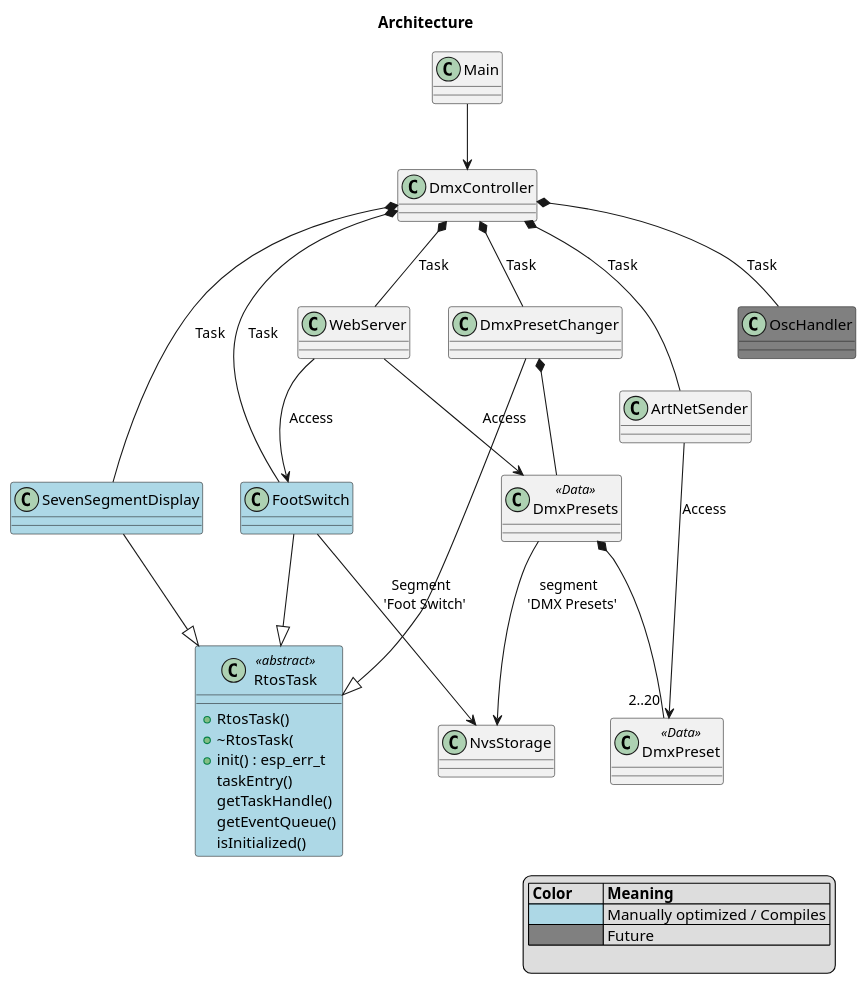
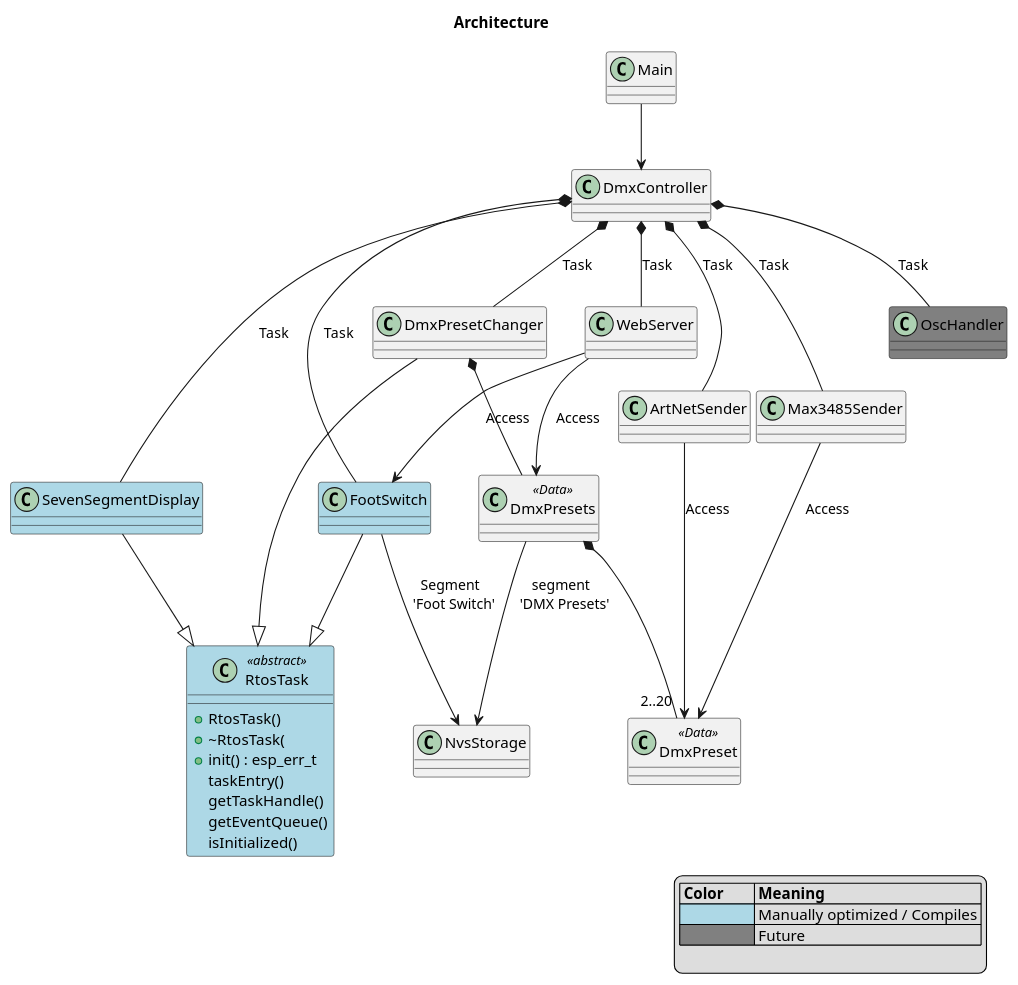
One commit to michelkeijzers/Esp32DmxController changed the first of 7 diagrams in Documentation/ClassDiagrams.puml. Above: the diagram before and after it, drawn with PlantUML. The commit also changed 38 other files, not shown here.

Commit message:
Implement Max3485Sender, unit test stubs, and test integration for DMX over MAX3485

```diff
--- a/Documentation/ClassDiagrams.puml
+++ b/Documentation/ClassDiagrams.puml
@@ -1,58 +1,62 @@
 @startuml
 
 title Architecture
 
 legend right
     |= Color |= Meaning |
     |<back:LightBlue>                   | Manually optimized / Compiles |
     |<back:Grey>                   | Future |
     
 endlegend 
 
 class Main  { }
 
 class DmxController {}
 Main --> DmxController
 
 class RtosTask <<abstract>> #LightBlue 
 {
     +RtosTask()
     +~RtosTask(
     +init() : esp_err_t
     taskEntry()
     getTaskHandle()
     getEventQueue()
     isInitialized()
 }
 
 class DmxPresetChanger { }
 class DmxPresets <<Data>> { }
 DmxPresetChanger *-- DmxPresets
 class DmxPreset <<Data>> {}
 DmxPresets *--"2..20" DmxPreset
 DmxController *-- DmxPresetChanger : Task
 DmxPresets --> NvsStorage : segment \n 'DMX Presets'
 DmxPresetChanger --|> RtosTask
 
 class OscHandler #Grey {}
 DmxController *-- OscHandler : Task
 
+class Max3485Sender { }
+DmxController *-- Max3485Sender : Task
+Max3485Sender --> DmxPreset : Access
+
 class ArtNetSender { }
 DmxController *-- ArtNetSender : Task
 ArtNetSender --> DmxPreset : Access   
 
 class FootSwitch #LightBlue {}
 DmxController *-- FootSwitch : Task
 FootSwitch --> NvsStorage : Segment \n 'Foot Switch'
 FootSwitch --|> RtosTask
 
 class SevenSegmentDisplay #LightBlue {}
 DmxController *--- SevenSegmentDisplay : Task
 SevenSegmentDisplay --|> RtosTask
 
 class WebServer {}
 DmxController *-- WebServer : Task
 WebServer --> FootSwitch : Access
 WebServer --> DmxPresets : Access
 
 @enduml
```
